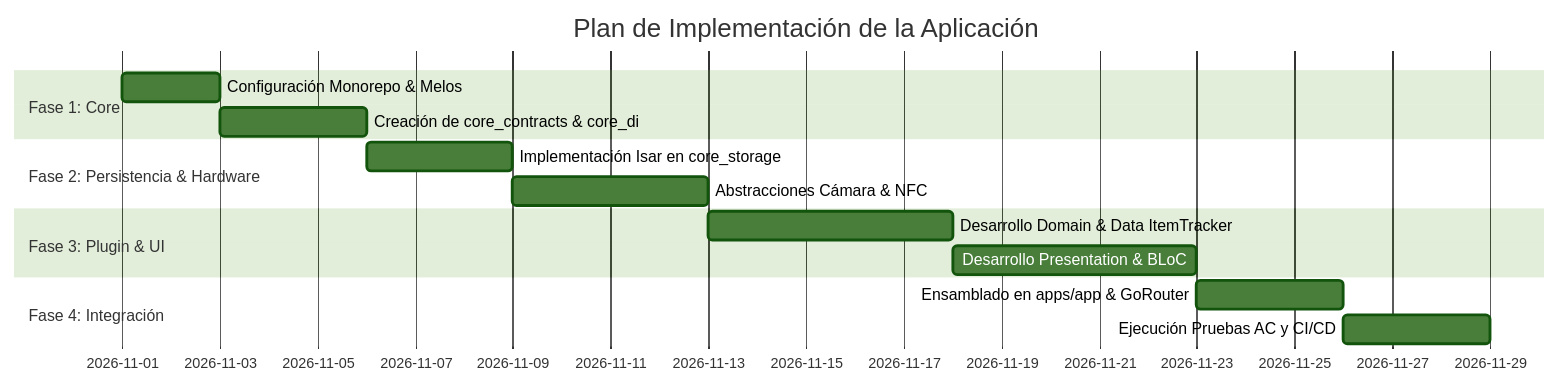
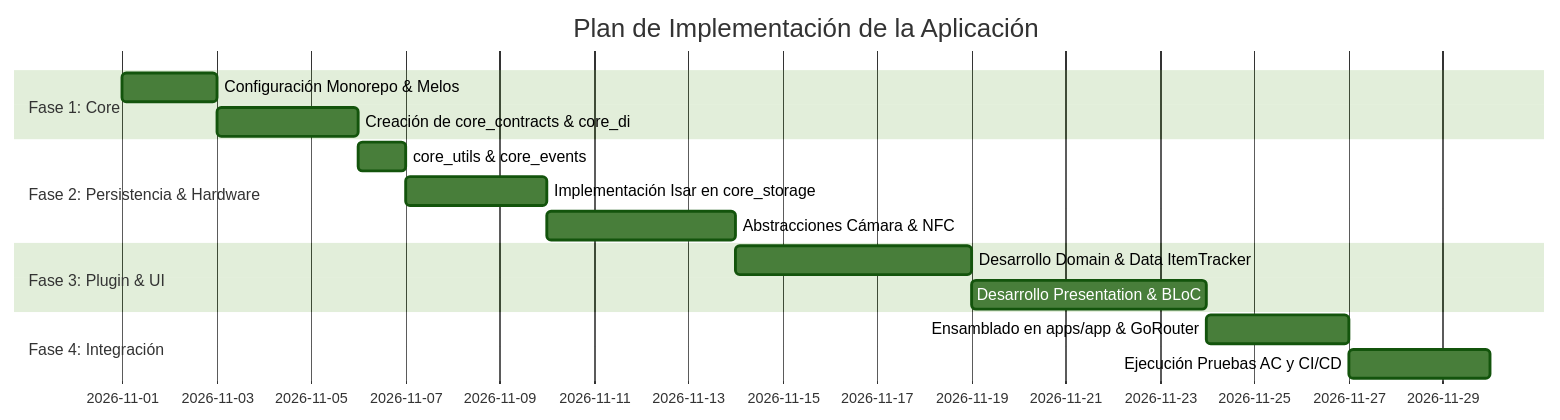
One commit to cristian2024/home_tasks changed the fourth of 4 diagrams in specs/app_spec.md. Above: the diagram before and after it, drawn with Mermaid (forest theme). The commit also changed other lines of this file and 1 other file, not shown here.

````diff
--- a/specs/app_spec.md
+++ b/specs/app_spec.md
@@ -822,17 +873,18 @@
 ```mermaid
 gantt
     title Plan de Implementación de la Aplicación
     dateFormat  YYYY-MM-DD
     section Fase 1: Core
     Configuración Monorepo & Melos       :f1_1, 2026-11-01, 2d
     Creación de core_contracts & core_di :f1_2, after f1_1, 3d
     section Fase 2: Persistencia & Hardware
-    Implementación Isar en core_storage  :f2_1, after f1_2, 3d
+    core_utils & core_events             :f2_0, after f1_2, 1d
+    Implementación Isar en core_storage  :f2_1, after f2_0, 3d
     Abstracciones Cámara & NFC           :f2_2, after f2_1, 4d
     section Fase 3: Plugin & UI
     Desarrollo Domain & Data ItemTracker :f3_1, after f2_2, 5d
     Desarrollo Presentation & BLoC       :f3_2, after f3_1, 5d
     section Fase 4: Integración
     Ensamblado en apps/app & GoRouter    :f4_1, after f3_2, 3d
     Ejecución Pruebas AC y CI/CD         :f4_2, after f4_1, 3d
 ```
````
